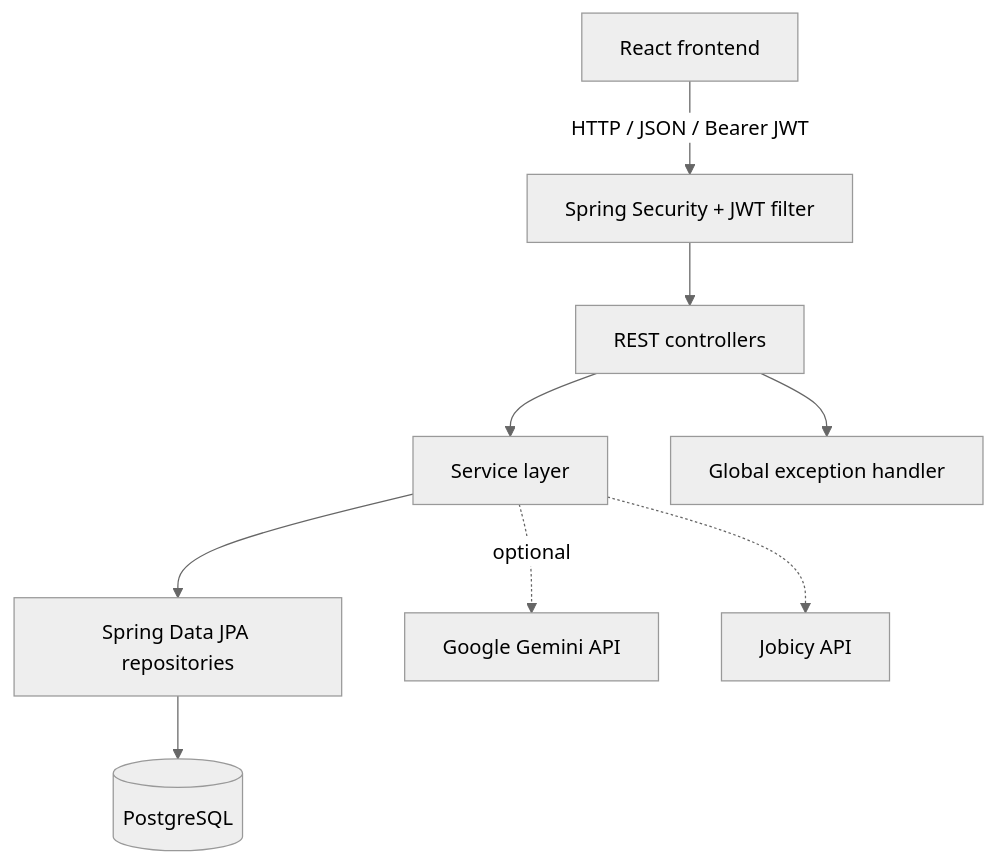
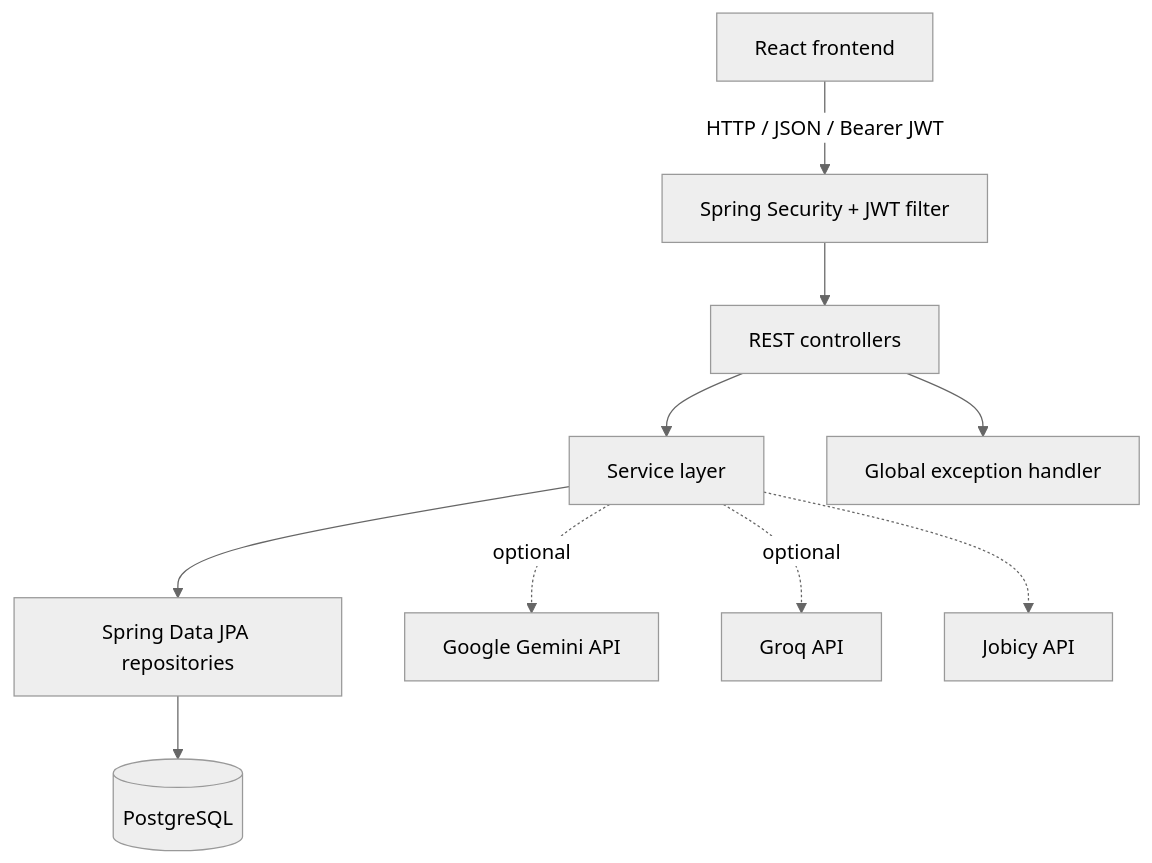
The first of 3 diagrams in README.md (shalinchristian/Resqora), drawn with Mermaid (neutral theme) before and after one commit. The commit also changed other lines of this file and 83 other files, not shown here.

````diff
--- a/README.md
+++ b/README.md
@@ -78,11 +79,12 @@
 ```mermaid
 flowchart TD
     UI[React frontend] -->|HTTP / JSON / Bearer JWT| SEC[Spring Security + JWT filter]
     SEC --> C[REST controllers]
     C --> S[Service layer]
     S --> R[Spring Data JPA repositories]
     R --> DB[(PostgreSQL)]
     S -. optional .-> G[Google Gemini API]
+    S -. optional .-> Q[Groq API]
     S -.-> J[Jobicy API]
     C --> E[Global exception handler]
 ```
````
